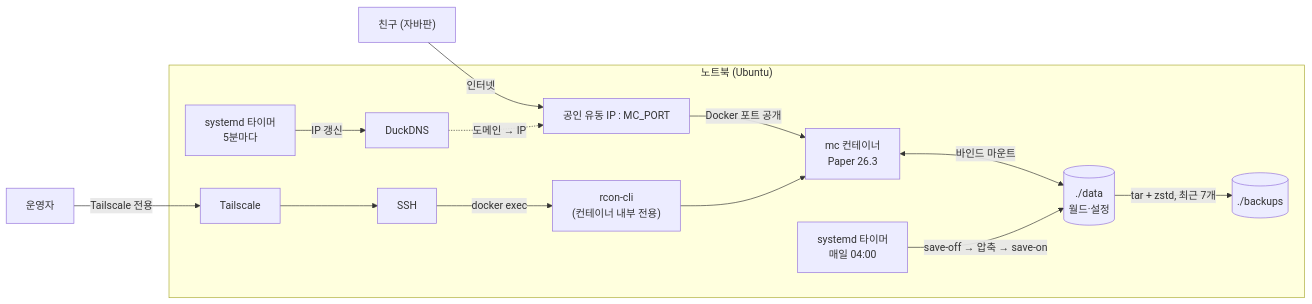
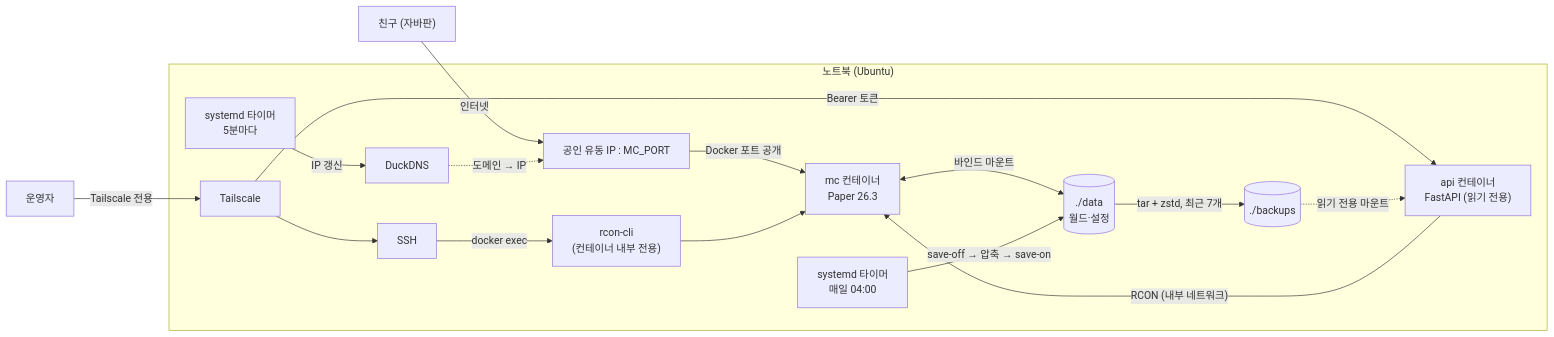
Before and after one commit to syc030403/minecraft-devops: the diagram in README.md, drawn with Mermaid. The commit also changed other lines of this file and 10 other files, not shown here.

````diff
--- a/README.md
+++ b/README.md
@@ -13,18 +13,21 @@
 ```mermaid
 flowchart LR
   friend["친구 (자바판)"] -->|"인터넷"| ip["공인 유동 IP : MC_PORT"]
   ddns["DuckDNS"] -.->|"도메인 → IP"| ip
 
   subgraph host["노트북 (Ubuntu)"]
     ip -->|"Docker 포트 공개"| mc["mc 컨테이너<br/>Paper 26.3"]
     mc <-->|"바인드 마운트"| data[("./data<br/>월드·설정")]
     timer["systemd 타이머<br/>5분마다"] -->|"IP 갱신"| ddns
     btimer["systemd 타이머<br/>매일 04:00"] -->|"save-off → 압축 → save-on"| data
     data -->|"tar + zstd, 최근 7개"| backups[("./backups")]
     tailscale["Tailscale"] --> ssh["SSH"]
     ssh -->|"docker exec"| rcon["rcon-cli<br/>(컨테이너 내부 전용)"]
     rcon --> mc
+    tailscale -->|"Bearer 토큰"| api["api 컨테이너<br/>FastAPI (읽기 전용)"]
+    api -->|"RCON (내부 네트워크)"| mc
+    backups -.->|"읽기 전용 마운트"| api
   end
 
   admin["운영자"] -->|"Tailscale 전용"| tailscale
 ```
````
